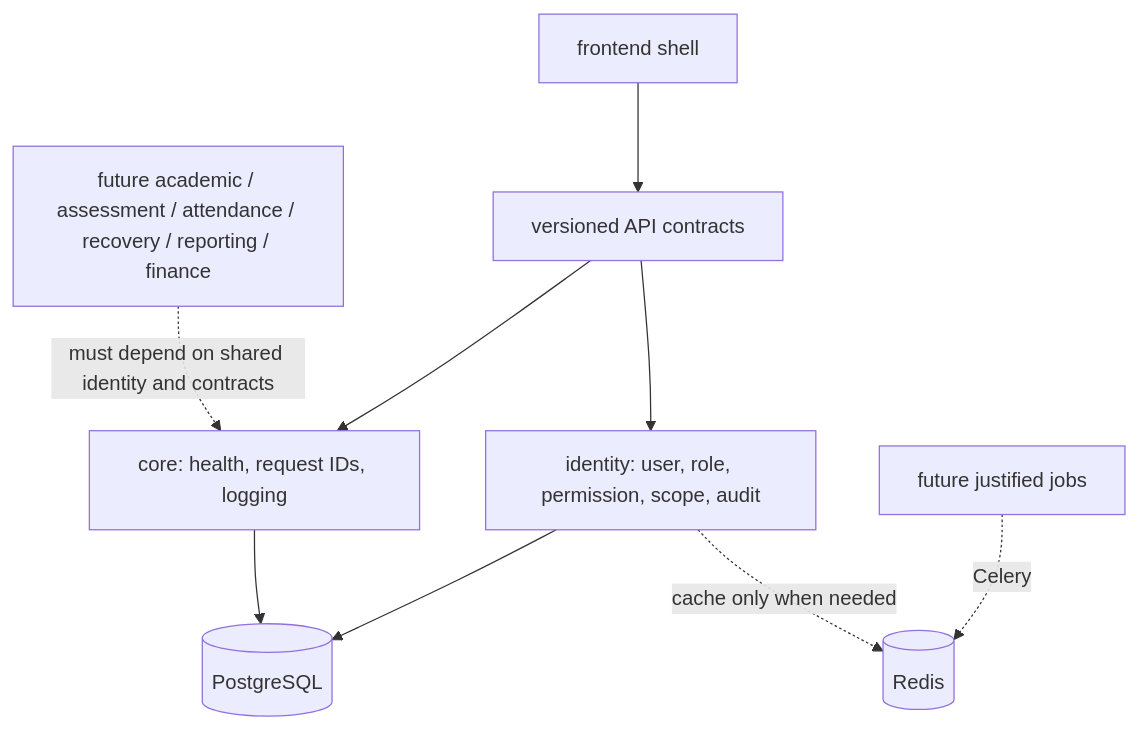
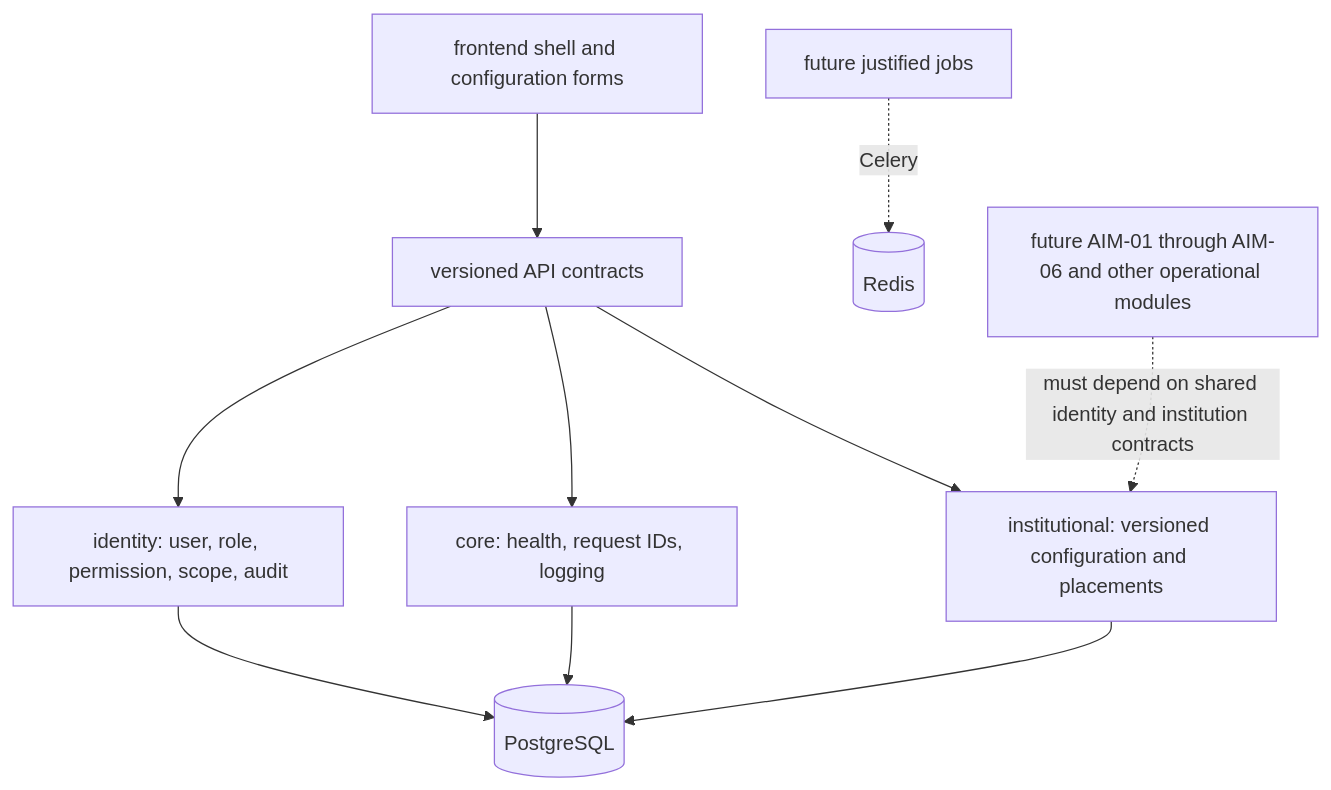
Before and after one commit to agbofatech-lgtm/agbofa-edutrack: the second of 2 diagrams in docs/architecture/overview.md, drawn with Mermaid. The commit also changed other lines of this file and 37 other files, not shown here.

Commit message:
feat: add versioned institutional configuration foundation

````diff
--- a/docs/architecture/overview.md
+++ b/docs/architecture/overview.md
@@ -29,11 +29,12 @@
 ```mermaid
 flowchart TD
-    UI[frontend shell] --> HTTP[versioned API contracts]
+    UI[frontend shell and configuration forms] --> HTTP[versioned API contracts]
     HTTP --> CORE[core: health, request IDs, logging]
     HTTP --> ID[identity: user, role, permission, scope, audit]
+    HTTP --> INST[institutional: versioned configuration and placements]
     ID --> DB[(PostgreSQL)]
     CORE --> DB
+    INST --> DB
     JOBS[future justified jobs] -. Celery .-> REDIS[(Redis)]
-    ID -. cache only when needed .-> REDIS
-    DOMAIN[future academic / assessment / attendance / recovery / reporting / finance] -. must depend on shared identity and contracts .-> CORE
+    DOMAIN[future AIM-01 through AIM-06 and other operational modules] -. must depend on shared identity and institution contracts .-> INST
 ```
````
